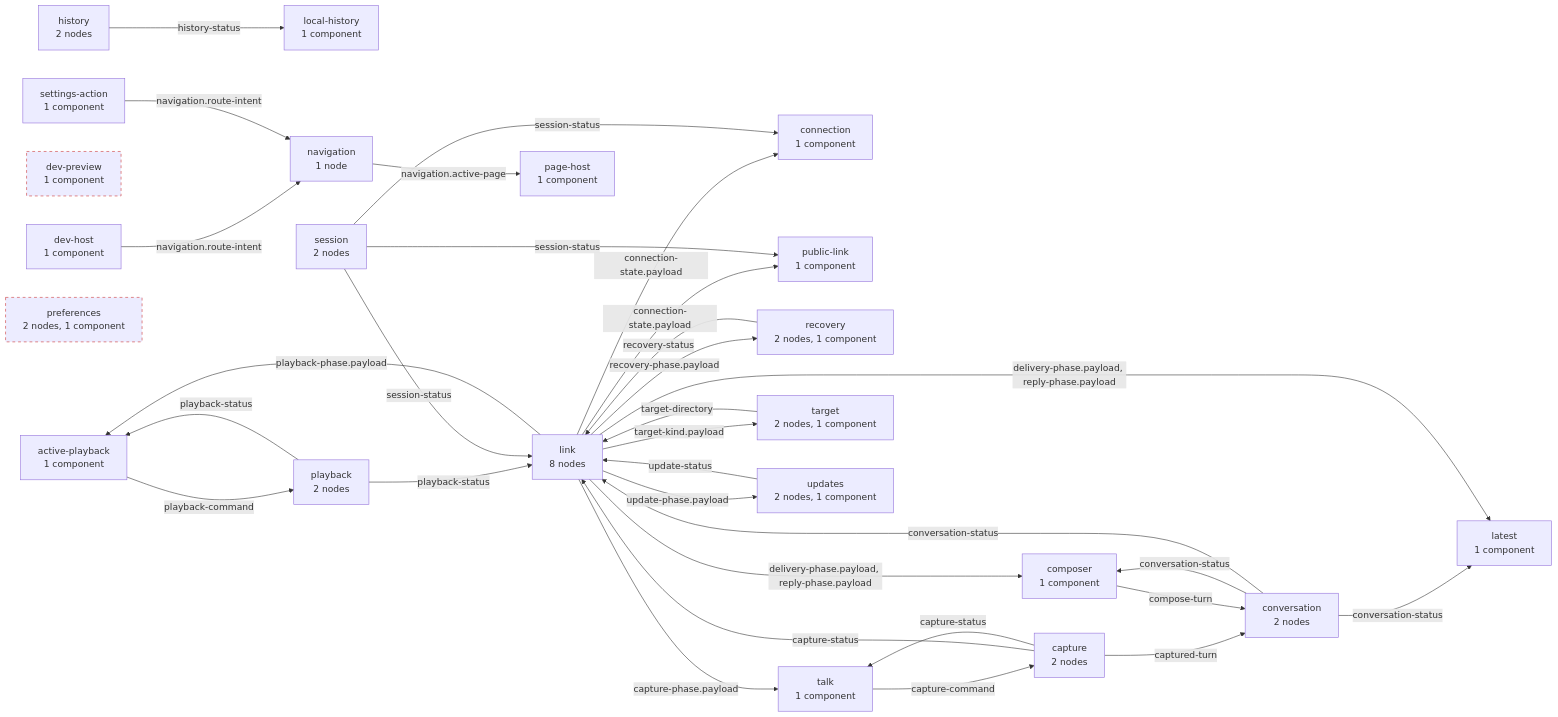
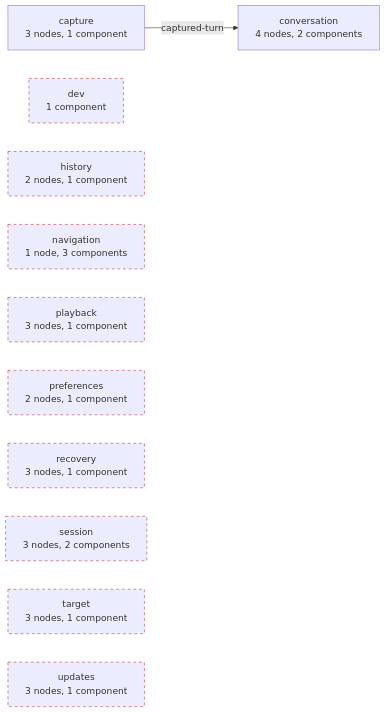
Before and after one commit to adelost/agentmux: the diagram in android/audio-inbox/product-spec/generated/link-product.domains.mmd, drawn with Mermaid. The commit also changed 23 other files, not shown here.

First line of the commit message:
refactor(link-product): every component and state authority lives in its domain

```diff
--- a/android/audio-inbox/product-spec/generated/link-product.domains.mmd
+++ b/android/audio-inbox/product-spec/generated/link-product.domains.mmd
@@ -1,60 +1,27 @@
 %% GENERATED FILE. DO NOT EDIT.
 %% GENERATED FROM product-spec/generated/link-product.json (port bindings) and
 %% product-spec/src/capabilities.ts (STATE_FEEDBACK rows, dashed).
 %% A dashed red domain has no port binding in or out. A dashed edge is state read
 %% or written without a port: the distance between the declared graph and the app.
 graph LR
-  active_playback["active-playback<br/>1 component"]
-  capture["capture<br/>2 nodes"]
-  composer["composer<br/>1 component"]
-  connection["connection<br/>1 component"]
-  conversation["conversation<br/>2 nodes"]
-  dev_host["dev-host<br/>1 component"]
-  dev_preview["dev-preview<br/>1 component"]
-  history["history<br/>2 nodes"]
-  latest["latest<br/>1 component"]
-  link["link<br/>8 nodes"]
-  local_history["local-history<br/>1 component"]
-  navigation["navigation<br/>1 node"]
-  page_host["page-host<br/>1 component"]
-  playback["playback<br/>2 nodes"]
+  capture["capture<br/>3 nodes, 1 component"]
+  conversation["conversation<br/>4 nodes, 2 components"]
+  dev["dev<br/>1 component"]
+  history["history<br/>2 nodes, 1 component"]
+  navigation["navigation<br/>1 node, 3 components"]
+  playback["playback<br/>3 nodes, 1 component"]
   preferences["preferences<br/>2 nodes, 1 component"]
-  public_link["public-link<br/>1 component"]
-  recovery["recovery<br/>2 nodes, 1 component"]
-  session["session<br/>2 nodes"]
-  settings_action["settings-action<br/>1 component"]
-  talk["talk<br/>1 component"]
-  target["target<br/>2 nodes, 1 component"]
-  updates["updates<br/>2 nodes, 1 component"]
-  active_playback -->|"playback-command"| playback
+  recovery["recovery<br/>3 nodes, 1 component"]
+  session["session<br/>3 nodes, 2 components"]
+  target["target<br/>3 nodes, 1 component"]
+  updates["updates<br/>3 nodes, 1 component"]
   capture -->|"captured-turn"| conversation
-  capture -->|"capture-status"| link
-  capture -->|"capture-status"| talk
-  composer -->|"compose-turn"| conversation
-  conversation -->|"conversation-status"| composer
-  conversation -->|"conversation-status"| latest
-  conversation -->|"conversation-status"| link
-  dev_host -->|"navigation.route-intent"| navigation
-  history -->|"history-status"| local_history
-  link -->|"playback-phase.payload"| active_playback
-  link -->|"delivery-phase.payload, reply-phase.payload"| composer
-  link -->|"connection-state.payload"| connection
-  link -->|"delivery-phase.payload, reply-phase.payload"| latest
-  link -->|"connection-state.payload"| public_link
-  link -->|"recovery-phase.payload"| recovery
-  link -->|"capture-phase.payload"| talk
-  link -->|"target-kind.payload"| target
-  link -->|"update-phase.payload"| updates
-  navigation -->|"navigation.active-page"| page_host
-  playback -->|"playback-status"| active_playback
-  playback -->|"playback-status"| link
-  recovery -->|"recovery-status"| link
-  session -->|"session-status"| connection
-  session -->|"session-status"| link
-  session -->|"session-status"| public_link
-  settings_action -->|"navigation.route-intent"| navigation
-  talk -->|"capture-command"| capture
-  target -->|"target-directory"| link
-  updates -->|"update-status"| link
-  style dev_preview stroke-dasharray: 5 5,stroke:#c33
+  style dev stroke-dasharray: 5 5,stroke:#c33
+  style history stroke-dasharray: 5 5,stroke:#c33
+  style navigation stroke-dasharray: 5 5,stroke:#c33
+  style playback stroke-dasharray: 5 5,stroke:#c33
   style preferences stroke-dasharray: 5 5,stroke:#c33
+  style recovery stroke-dasharray: 5 5,stroke:#c33
+  style session stroke-dasharray: 5 5,stroke:#c33
+  style target stroke-dasharray: 5 5,stroke:#c33
+  style updates stroke-dasharray: 5 5,stroke:#c33
```
